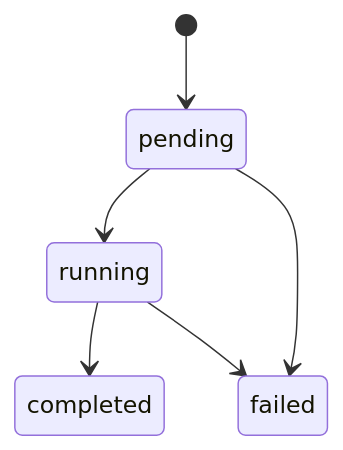
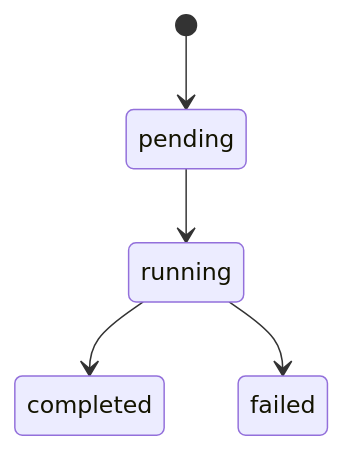
One commit to notfolder/CodingAgentAutomata changed the sixth of 8 diagrams in docs/detail_design.md. Above: the diagram before and after it, drawn with Mermaid. The commit also changed other lines of this file and 2 other files, not shown here.

````diff
--- a/docs/detail_design.md
+++ b/docs/detail_design.md
@@ -454,8 +461,7 @@
 ```mermaid
 stateDiagram-v2
     [*] --> pending
     pending --> running
     running --> completed
     running --> failed
-    pending --> failed
 ```
````
